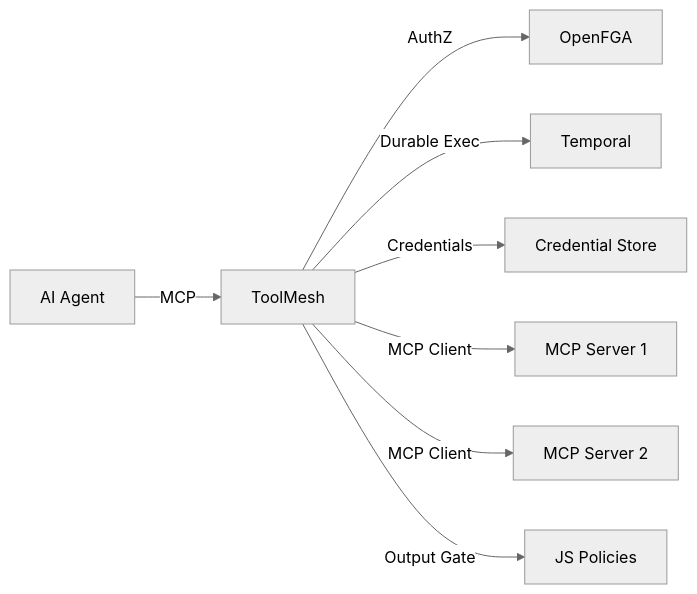
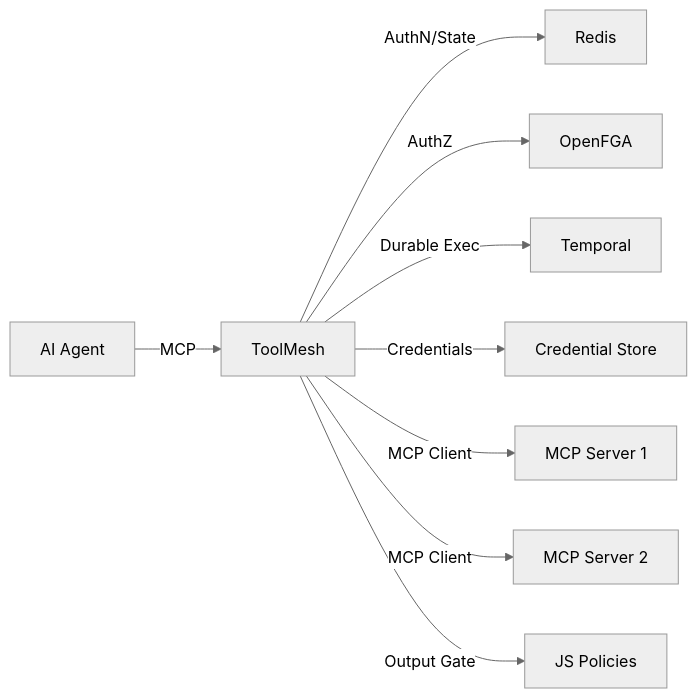
Before and after one commit to DunkelCloud/ToolMesh: the diagram in README.md, drawn with Mermaid (neutral theme). The commit also changed other lines of this file and 15 other files, not shown here.

First line of the commit message:
feat(auth): harden auth layer with Redis persistence and multi-user identity

````diff
--- a/README.md
+++ b/README.md
@@ -79,10 +125,11 @@
 ```mermaid
 graph LR
     Agent[AI Agent] -->|MCP| TM[ToolMesh]
+    TM -->|AuthN/State| Redis
     TM -->|AuthZ| FGA[OpenFGA]
     TM -->|Durable Exec| Temporal
     TM -->|Credentials| CS[Credential Store]
     TM -->|MCP Client| B1[MCP Server 1]
     TM -->|MCP Client| B2[MCP Server 2]
     TM -->|Output Gate| Policy[JS Policies]
 ```
````
